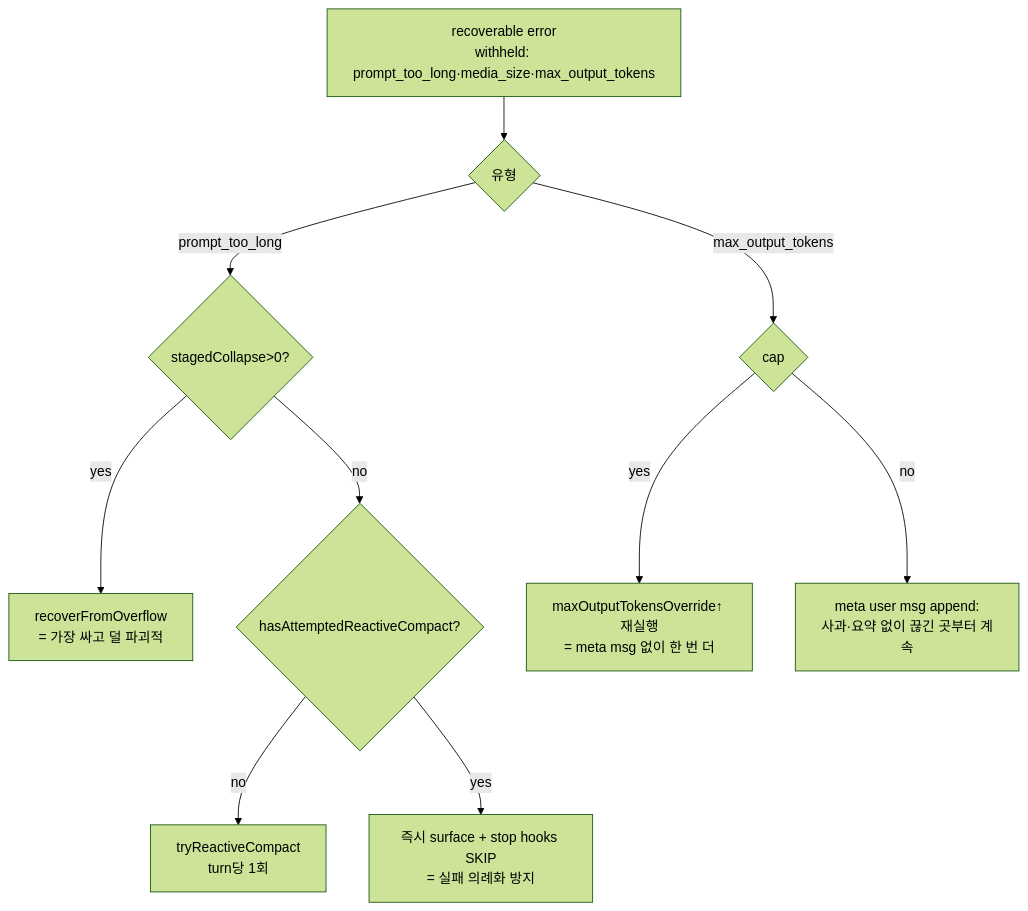
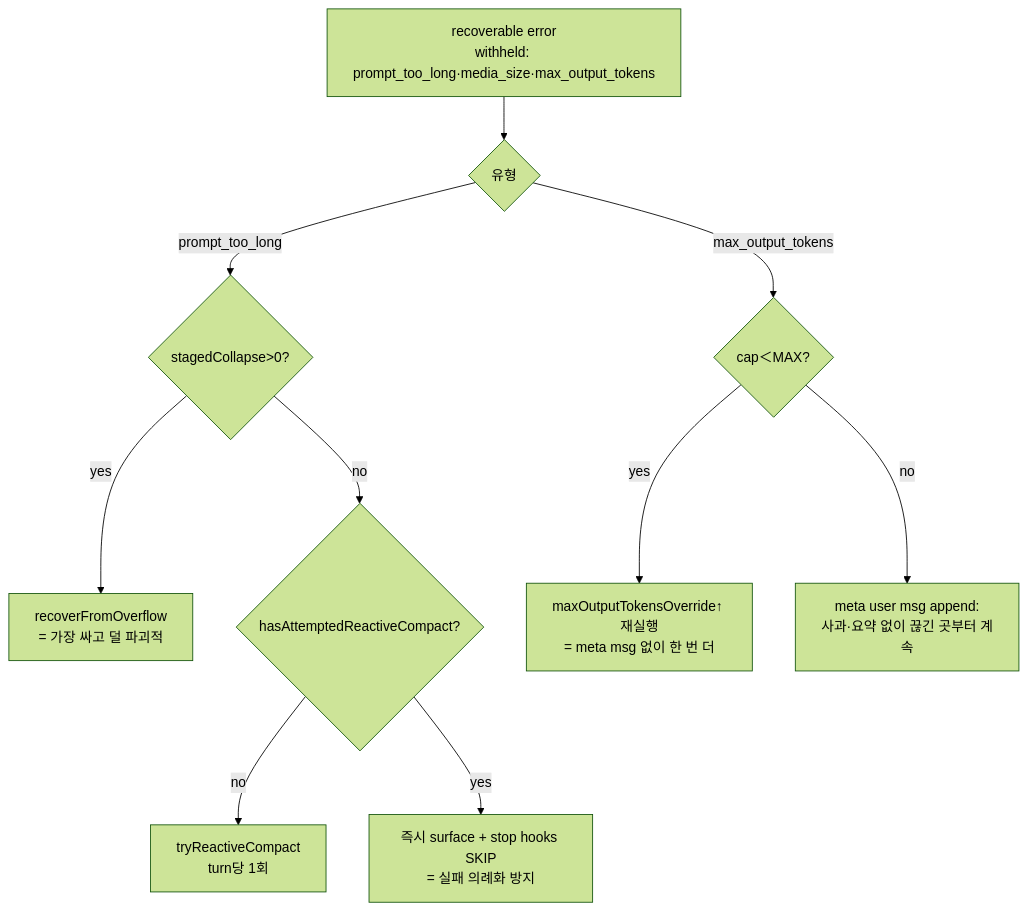
One commit to DBhyeong/DBhyeong.github.io changed the ninth of 12 diagrams in content/reading/harness-engineering-claude-code-design-guide.md. Above: the diagram before and after it, drawn with Mermaid (forest theme). The commit also changed other lines of this file and 1 other file, not shown here.

First line of the commit message:
blog: mermaid 렌더깨짐 추가 수정 — 미따옴표 라벨 list 트리거 15건 + angle 1건

````diff
--- a/content/reading/harness-engineering-claude-code-design-guide.md
+++ b/content/reading/harness-engineering-claude-code-design-guide.md
@@ -311,12 +311,12 @@
 ```mermaid
 flowchart TD
     E[recoverable error<br/>withheld: prompt_too_long·media_size·max_output_tokens] --> Type{유형}
     Type -->|prompt_too_long| C1{stagedCollapse>0?}
     C1 -->|yes| RF[recoverFromOverflow<br/>= 가장 싸고 덜 파괴적]
     C1 -->|no| C2{hasAttemptedReactiveCompact?}
     C2 -->|no| RC[tryReactiveCompact<br/>turn당 1회]
     C2 -->|yes| SURF[즉시 surface + stop hooks SKIP<br/>= 실패 의례화 방지]
-    Type -->|max_output_tokens| M1{cap<MAX?}
+    Type -->|max_output_tokens| M1{cap＜MAX?}
     M1 -->|yes| RAISE[maxOutputTokensOverride↑ 재실행<br/>= meta msg 없이 한 번 더]
     M1 -->|no| CONT[meta user msg append:<br/>사과·요약 없이 끊긴 곳부터 계속]
 ```
````
